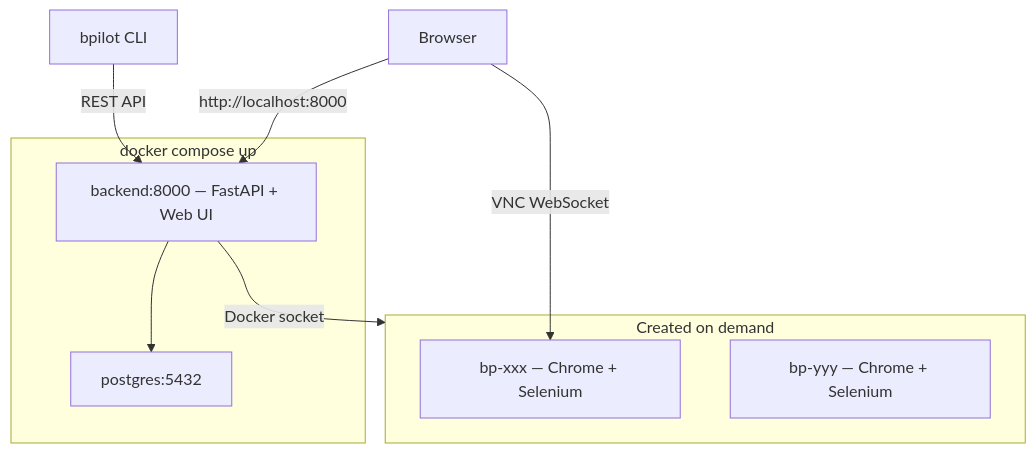
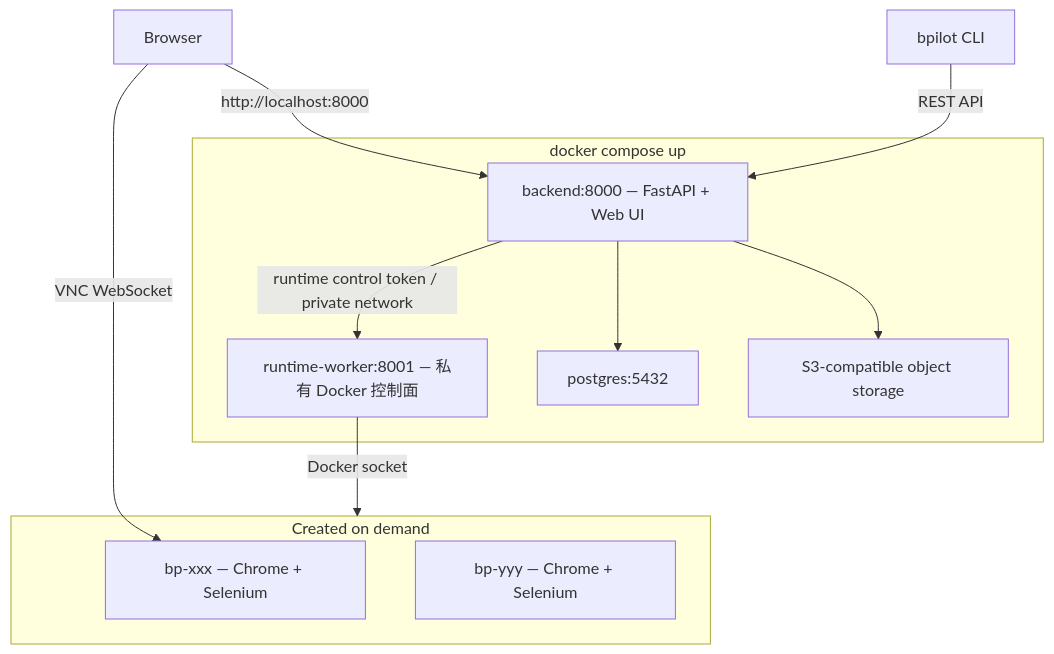
One commit to NoDeskAI/browser-pilot changed the diagram in README.zh.md. Above: the diagram before and after it, drawn with Mermaid. The commit also changed other lines of this file and 18 other files, not shown here.

Commit message:
refactor(runtime): 隔离 Docker 控制面到 runtime-worker

````diff
--- a/README.zh.md
+++ b/README.zh.md
@@ -76,16 +76,20 @@
 ```mermaid
 graph TB
   subgraph compose ["docker compose up"]
     Backend["backend:8000 — FastAPI + Web UI"]
+    RuntimeWorker["runtime-worker:8001 — 私有 Docker 控制面"]
     Postgres["postgres:5432"]
+    ObjectStore["S3-compatible object storage"]
   end
   subgraph dynamic ["Created on demand"]
     B1["bp-xxx — Chrome + Selenium"]
     B2["bp-yyy — Chrome + Selenium"]
   end
   User["Browser"] -->|"http://localhost:8000"| Backend
   User -->|"VNC WebSocket"| B1
   CLI["bpilot CLI"] -->|"REST API"| Backend
-  Backend -->|"Docker socket"| dynamic
+  Backend -->|"runtime control token / private network"| RuntimeWorker
+  RuntimeWorker -->|"Docker socket"| dynamic
   Backend --> Postgres
+  Backend --> ObjectStore
 ```
````
